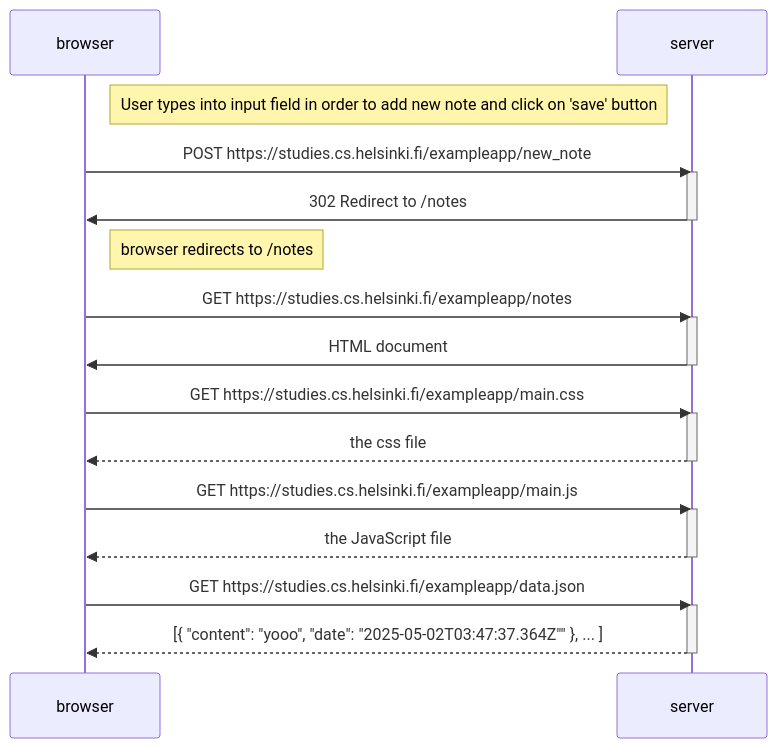
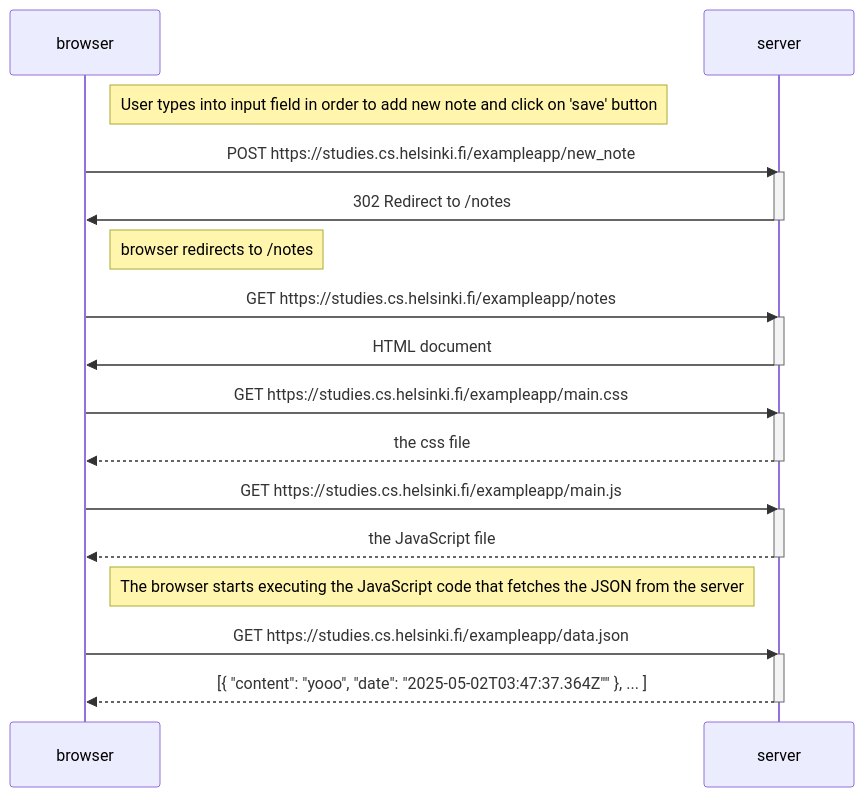
One commit to Kavita113/fullstackopen changed the diagram in part0/new-note-diagram.md. Above: the diagram before and after it, drawn with Mermaid.

````diff
--- a/part0/new-note-diagram.md
+++ b/part0/new-note-diagram.md
@@ -1,37 +1,36 @@
-:::mermaid
+```mermaid
 sequenceDiagram
     participant browser
     participant server
 
     Note right of browser: User types into input field in order to add new note and click on 'save' button
 
     browser->>server:POST https://studies.cs.helsinki.fi/exampleapp/new_note 
     activate server
     server->>browser: 302 Redirect to /notes
     deactivate server
 
     Note right of browser: browser redirects to /notes
     browser->>server:GET https://studies.cs.helsinki.fi/exampleapp/notes
     activate server
     server->>browser:  HTML document
     deactivate server
 
      browser->>server: GET https://studies.cs.helsinki.fi/exampleapp/main.css
     activate server
     server-->>browser: the css file
     deactivate server
 
     browser->>server: GET https://studies.cs.helsinki.fi/exampleapp/main.js
     activate server
     server-->>browser: the JavaScript file
     deactivate server
 
+    Note right of browser: The browser starts executing the JavaScript code that fetches the JSON from the server
+
     browser->>server: GET https://studies.cs.helsinki.fi/exampleapp/data.json
     activate server
     server-->>browser: [{ "content": "yooo", "date": "2025-05-02T03:47:37.364Z"" }, ... ]
     deactivate server
-
-
-
-    
-:::
+  
+```
````
